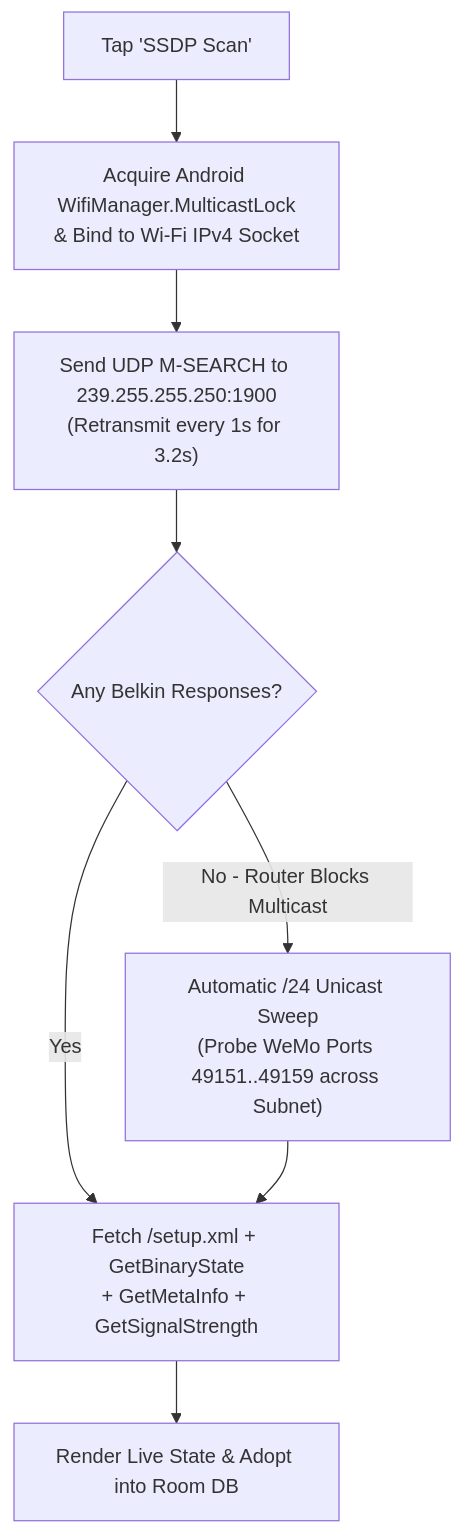
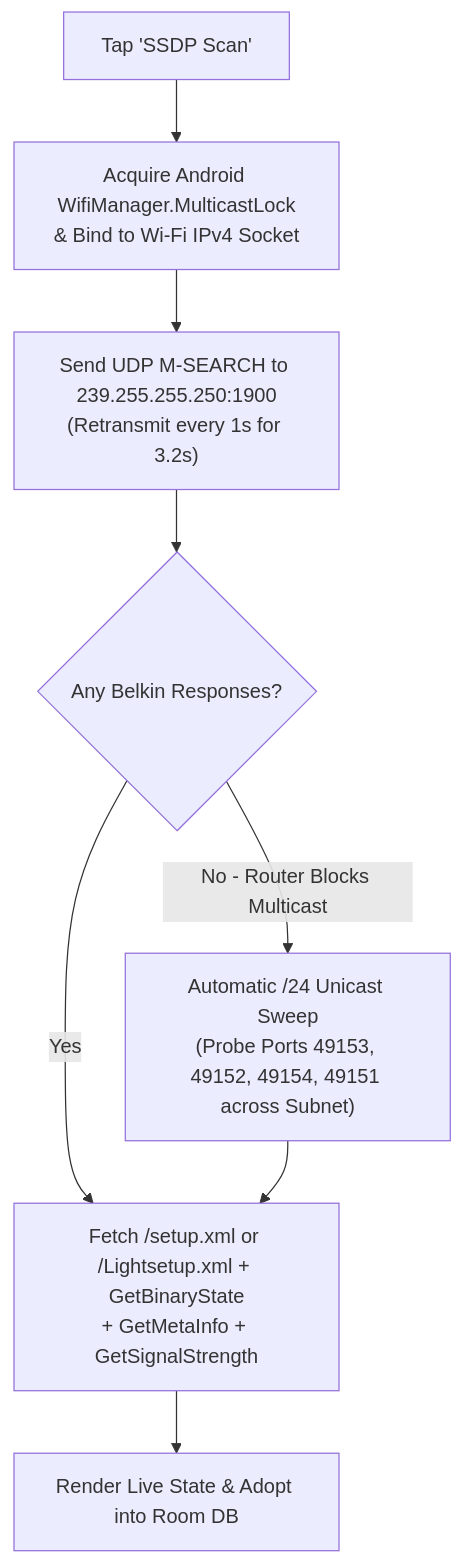
One commit to MichaelRHead/WeMi-light-control changed the diagram in docs/user-guide/switch-discovery.md. Above: the diagram before and after it, drawn with Mermaid. The commit also changed other lines of this file and 9 other files, not shown here.

````diff
--- a/docs/user-guide/switch-discovery.md
+++ b/docs/user-guide/switch-discovery.md
@@ -53,10 +53,10 @@
 ```mermaid
 flowchart TD
     Start["Tap 'SSDP Scan'"] --> Lock["Acquire Android WifiManager.MulticastLock\n& Bind to Wi-Fi IPv4 Socket"]
     Lock --> MSearch["Send UDP M-SEARCH to 239.255.255.250:1900\n(Retransmit every 1s for 3.2s)"]
     MSearch --> Check{"Any Belkin Responses?"}
-    Check -->|Yes| Fetch["Fetch /setup.xml + GetBinaryState\n+ GetMetaInfo + GetSignalStrength"]
-    Check -->|No - Router Blocks Multicast| Unicast["Automatic /24 Unicast Sweep\n(Probe WeMo Ports 49151..49159 across Subnet)"]
+    Check -->|Yes| Fetch["Fetch /setup.xml or /Lightsetup.xml + GetBinaryState\n+ GetMetaInfo + GetSignalStrength"]
+    Check -->|No - Router Blocks Multicast| Unicast["Automatic /24 Unicast Sweep\n(Probe Ports 49153, 49152, 49154, 49151 across Subnet)"]
     Unicast --> Fetch
     Fetch --> Done["Render Live State & Adopt into Room DB"]
 ```
````
